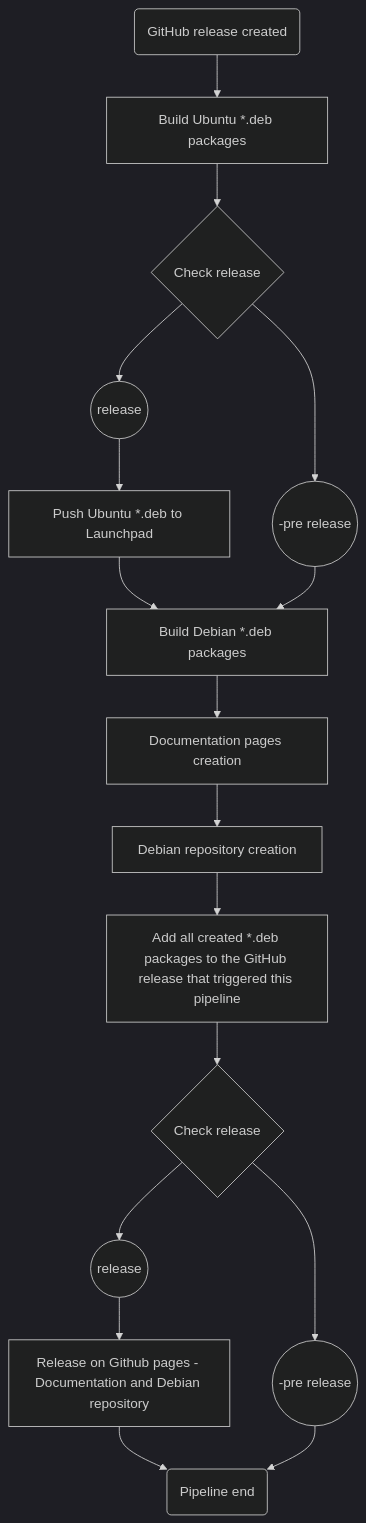
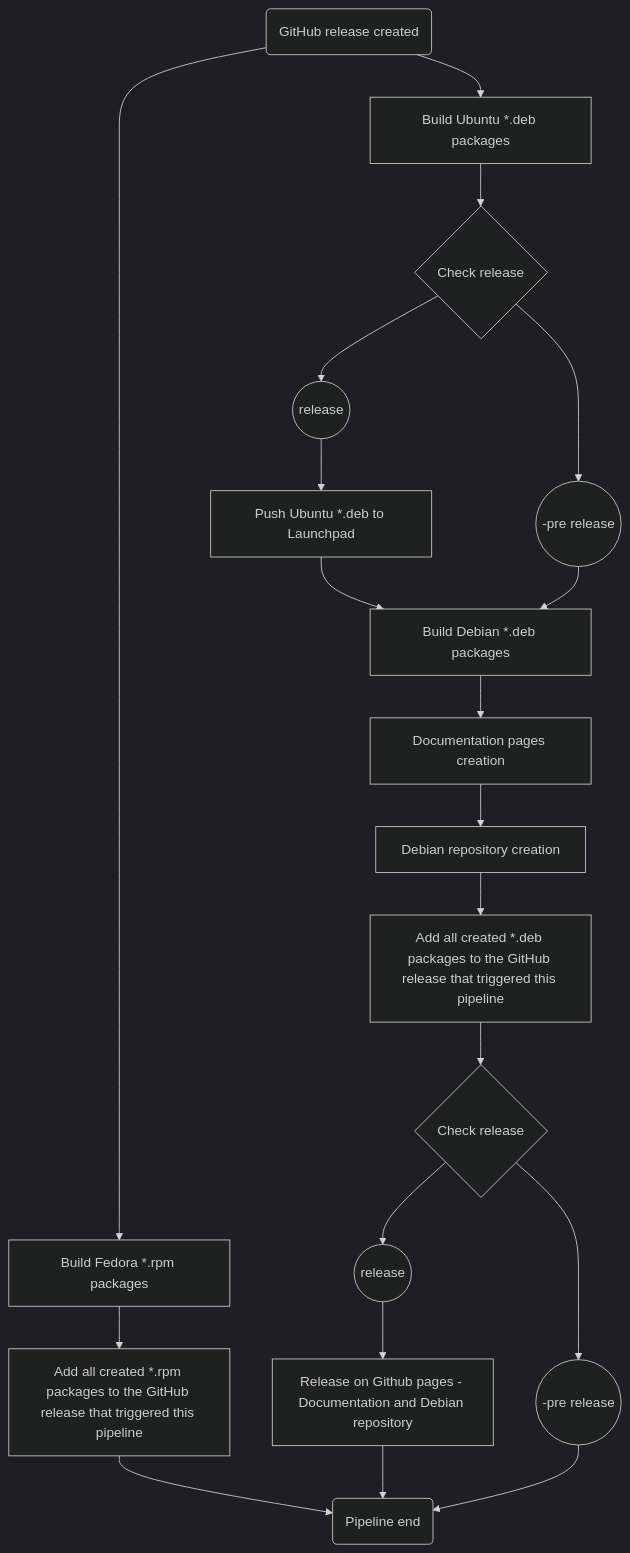
Before and after one commit to imker25/samba_exporter: the second of 2 diagrams in docs/DeveloperDocs/ActionsAndReleases.md, drawn with Mermaid.

Commit message:
Add rpm workflow to docs

````diff
--- a/docs/DeveloperDocs/ActionsAndReleases.md
+++ b/docs/DeveloperDocs/ActionsAndReleases.md
@@ -46,39 +46,47 @@
 ```mermaid
 %%{init: {'theme':'dark'}}%%
 graph TD;
     release(GitHub release created)
     buildUbuntu[Build Ubuntu *.deb packages]
     buildDebian[Build Debian *.deb packages]
     docs[Documentation pages creation]
     repo[Debian repository creation]
     releaseUbuntuLP[Push Ubuntu *.deb to Launchpad]
-    releaseGR[Add all created *.deb packages to the GitHub release that triggered this pipeline]
+    releaseGH-Deb[Add all created *.deb packages to the GitHub release that triggered this pipeline]
     pagesRelease[Release on Github pages - Documentation and Debian repository]
     done(Pipeline end)
     checkRelease1{Check release}
     preRelease1(( -pre release))
     fullRelease1((release))
 
     checkRelease3{Check release}
     preRelease3(( -pre release))
     fullRelease3((release))
+
+    buildFedora[Build Fedora *.rpm packages]
+    releaseGH-Rpm[Add all created *.rpm packages to the GitHub release that triggered this pipeline]
 
     release-->buildUbuntu
     buildUbuntu-->checkRelease1
     checkRelease1-->preRelease1
     checkRelease1-->fullRelease1
     fullRelease1-->releaseUbuntuLP
     releaseUbuntuLP-->buildDebian
     preRelease1 --> buildDebian
 
     buildDebian-->docs
     docs-->repo
-    repo-->releaseGR
-    releaseGR-->checkRelease3
+    repo-->releaseGH-Deb
+    releaseGH-Deb-->checkRelease3
 
     checkRelease3-->preRelease3
     checkRelease3-->fullRelease3
     fullRelease3-->pagesRelease
+
+    release-->buildFedora
+    buildFedora-->releaseGH-Rpm
+    releaseGH-Rpm-->done
+
     pagesRelease-->done
     preRelease3-->done
 ```
````
